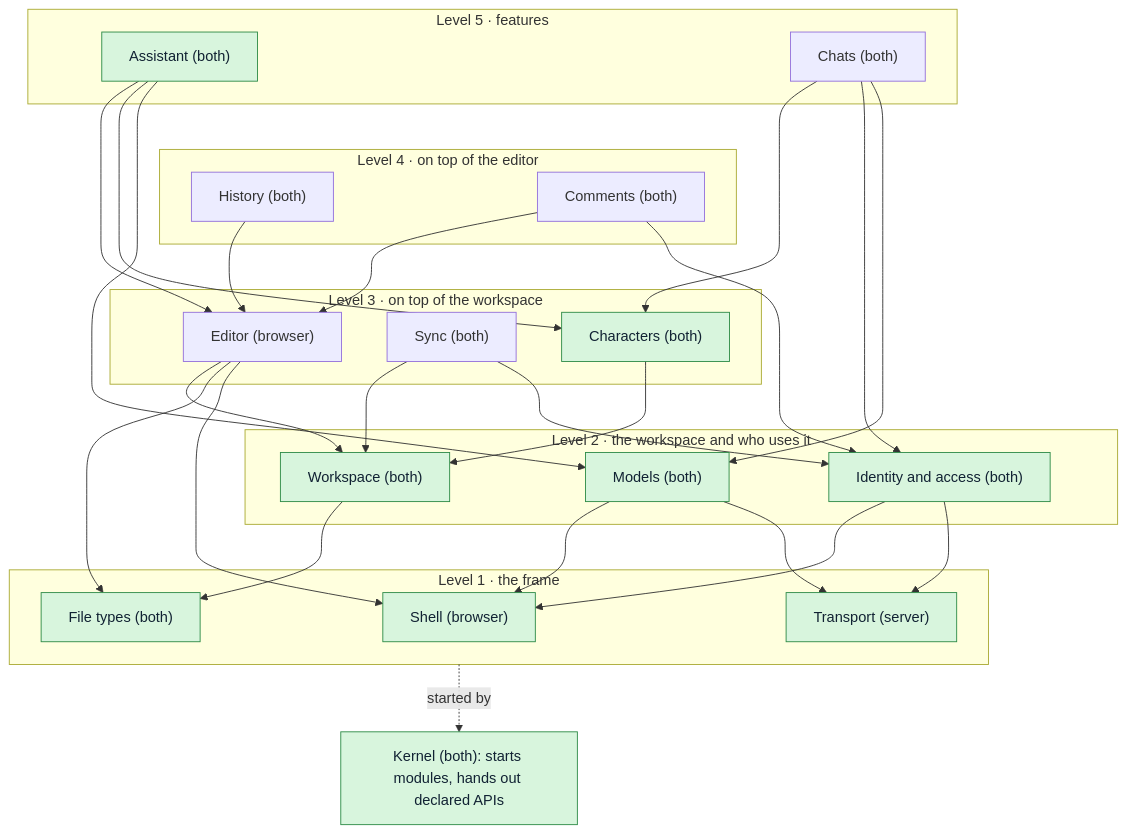
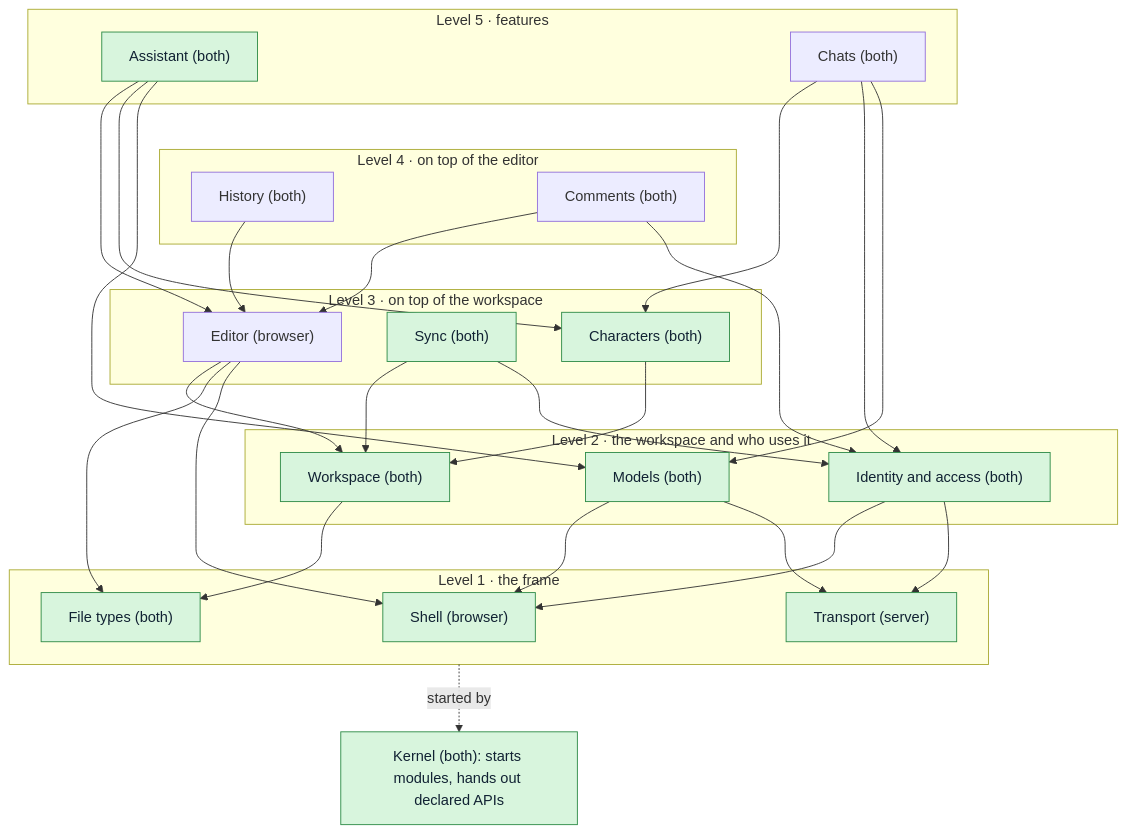
One commit to RustColeone/StiloMarker changed the first of 5 diagrams in docs/ARCHITECTURE.md. Above: the diagram before and after it, drawn with Mermaid. The commit also changed other lines of this file and 32 other files, not shown here.

````diff
--- a/docs/ARCHITECTURE.md
+++ b/docs/ARCHITECTURE.md
@@ -52,43 +52,43 @@
 ```mermaid
 flowchart TB
   subgraph L5["Level 5 · features"]
     Assistant["Assistant (both)"]
     Chats["Chats (both)"]
   end
   subgraph L4["Level 4 · on top of the editor"]
     History["History (both)"]
     Comments["Comments (both)"]
   end
   subgraph L3["Level 3 · on top of the workspace"]
     Editor["Editor (browser)"]
     Sync["Sync (both)"]
     Characters["Characters (both)"]
   end
   subgraph L2["Level 2 · the workspace and who uses it"]
     Workspace["Workspace (both)"]
     Identity["Identity and access (both)"]
     Models["Models (both)"]
   end
   subgraph L1["Level 1 · the frame"]
     Shell["Shell (browser)"]
     Transport["Transport (server)"]
     FileTypes["File types (both)"]
   end
   Kernel["Kernel (both): starts modules, hands out declared APIs"]
 
   Assistant --> Editor & Characters & Models
   Chats --> Characters & Identity & Models
   History --> Editor
   Comments --> Editor & Identity
   Editor --> Workspace & FileTypes & Shell
   Characters --> Workspace
   Sync --> Workspace & Identity
   Workspace --> FileTypes
   Identity --> Shell & Transport
   Models --> Shell & Transport
   L1 -.started by.-> Kernel
   L5 ~~~ L4 ~~~ L3 ~~~ L2 ~~~ L1
 
   classDef built fill:#d8f5dd,stroke:#2e8b47,color:#123;
-  class Shell,Transport,FileTypes,Workspace,Identity,Models,Characters,Assistant,Kernel built;
+  class Shell,Transport,FileTypes,Workspace,Identity,Models,Sync,Characters,Assistant,Kernel built;
 ```
````
